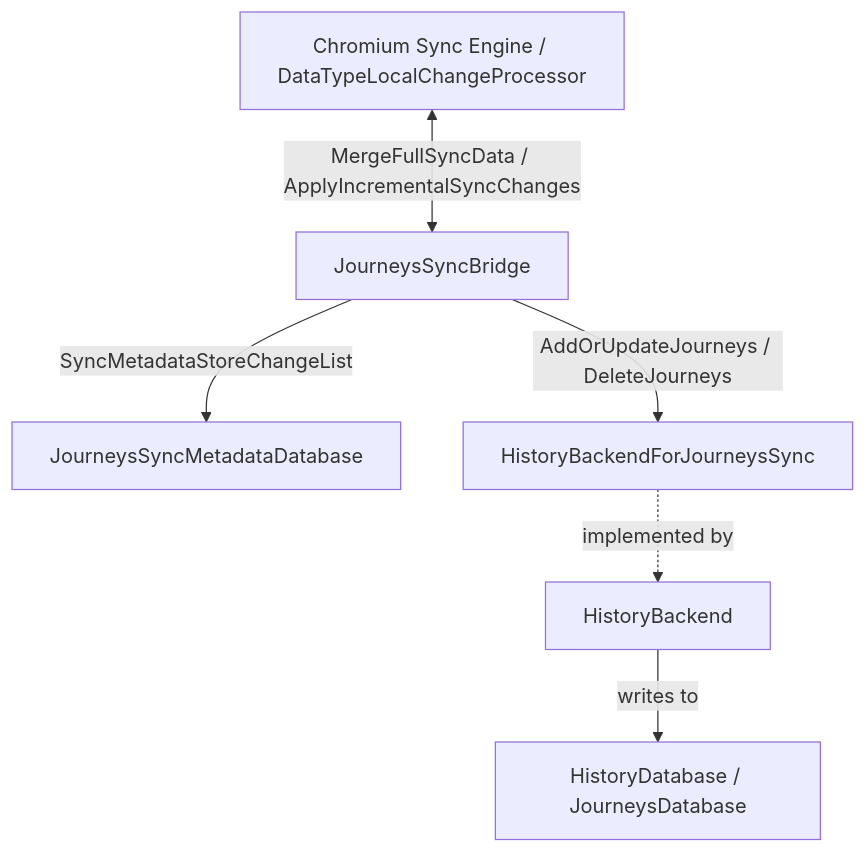
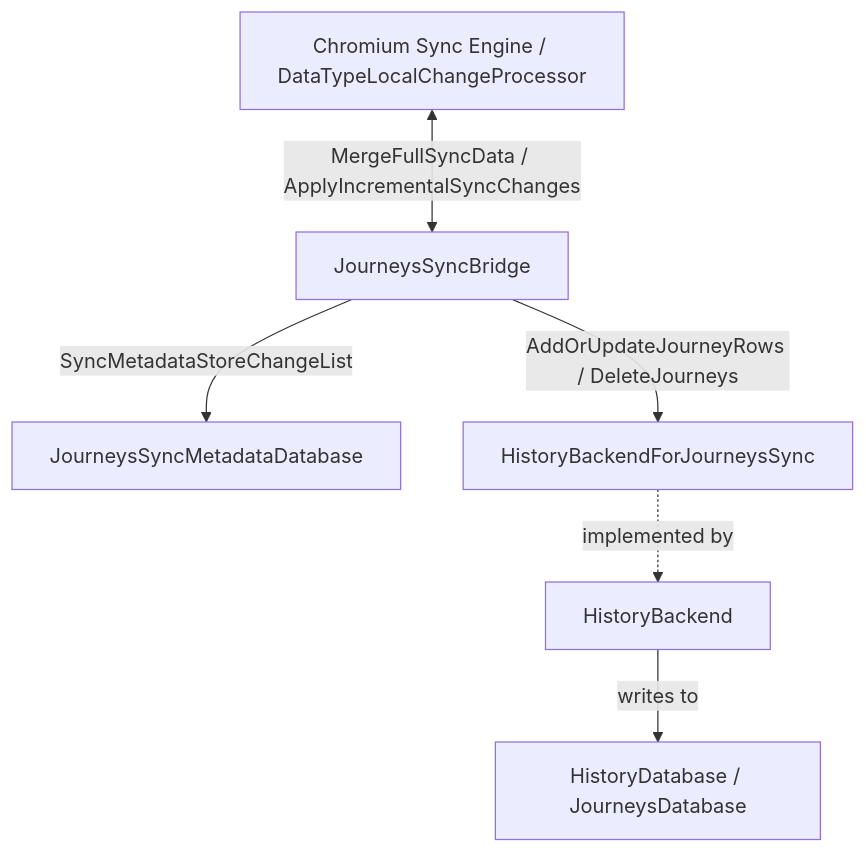
The first of 2 diagrams in components/history/core/browser/journeys/README.md (benji-cannot-code/fast-vc-chromium-benchmark-run-4), drawn with Mermaid before and after one commit. The commit also changed other lines of this file and 6 other files, not shown here.

First line of the commit message:
[Journeys] Rename Journey to JourneyRows for sync backend functions

````diff
--- a/components/history/core/browser/journeys/README.md
+++ b/components/history/core/browser/journeys/README.md
@@ -16,15 +16,15 @@
 ```mermaid
 flowchart TD
   SyncEngine[Chromium Sync Engine / DataTypeLocalChangeProcessor]
   Bridge[JourneysSyncBridge]
   MetaDB[JourneysSyncMetadataDatabase]
   BackendInterface[HistoryBackendForJourneysSync]
   HistoryBackend[HistoryBackend]
   HistoryDB[HistoryDatabase / JourneysDatabase]
 
   SyncEngine <-->|MergeFullSyncData / ApplyIncrementalSyncChanges| Bridge
   Bridge -->|SyncMetadataStoreChangeList| MetaDB
-  Bridge -->|AddOrUpdateJourneys / DeleteJourneys| BackendInterface
+  Bridge -->|AddOrUpdateJourneyRows / DeleteJourneys| BackendInterface
   BackendInterface -.->|implemented by| HistoryBackend
   HistoryBackend -->|writes to| HistoryDB
 ```
````
